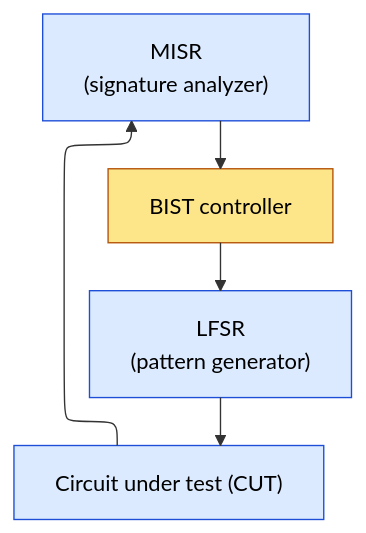
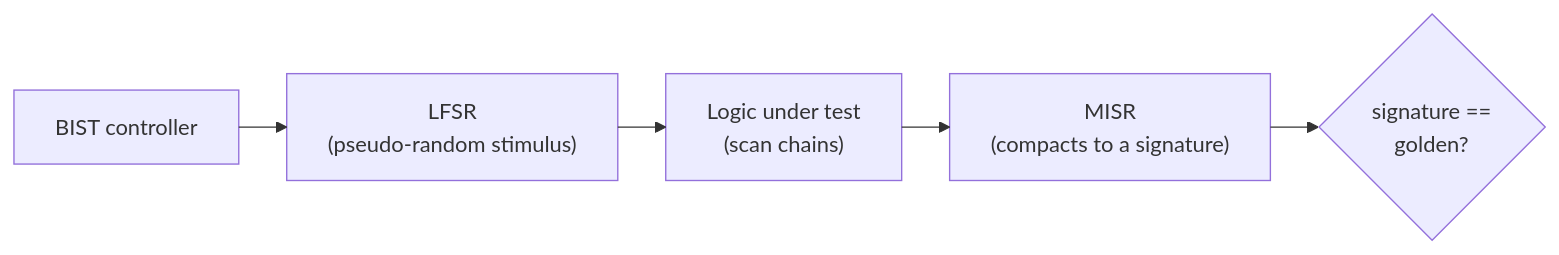
Before and after one commit to Wty2003328/silicon-design-notebook: the second of 3 diagrams in 06_Signoff/02_DFT_and_ATPG.md, drawn with Mermaid. The commit also changed other lines of this file and 22 other files, not shown here.

Commit message:
Concept-first hard rework complete: all 48 architecture/design pages (trimmed signal dumps; added trade-off analysis + theoretical depth)

````diff
--- a/06_Signoff/02_DFT_and_ATPG.md
+++ b/06_Signoff/02_DFT_and_ATPG.md
@@ -908,11 +193,7 @@
 ```mermaid
 %%{init: {"flowchart": {"defaultRenderer": "elk", "nodeSpacing": 60, "rankSpacing": 60, "htmlLabels": false}}}%%
-flowchart TD
-    LFSR["LFSR<br/>(pattern generator)"] --> CUT["Circuit under test (CUT)"] --> MISR["MISR<br/>(signature analyzer)"]
-    CTRL["BIST controller"] --> LFSR
-    MISR --> CTRL
-    classDef s fill:#dbeafe,stroke:#1d4ed8,color:#000
-    classDef c fill:#fde68a,stroke:#b45309,color:#000
-    class LFSR,CUT,MISR s
-    class CTRL c
+flowchart LR
+    L["LFSR\n(pseudo-random stimulus)"] --> CUT["Logic under test\n(scan chains)"] --> M["MISR\n(compacts to a signature)"]
+    CT["BIST controller"] --> L
+    M --> Q{"signature ==\ngolden?"}
 ```
````
